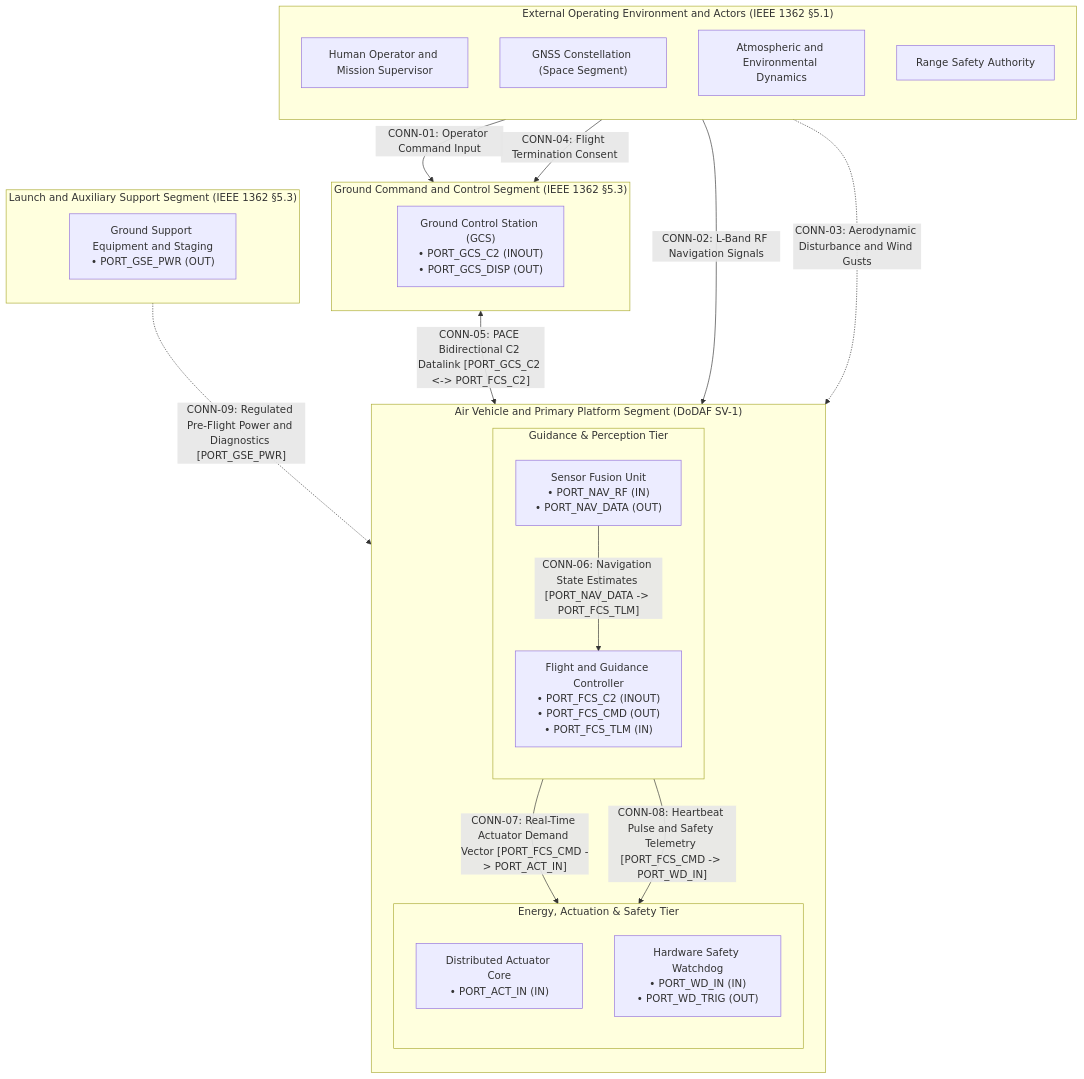
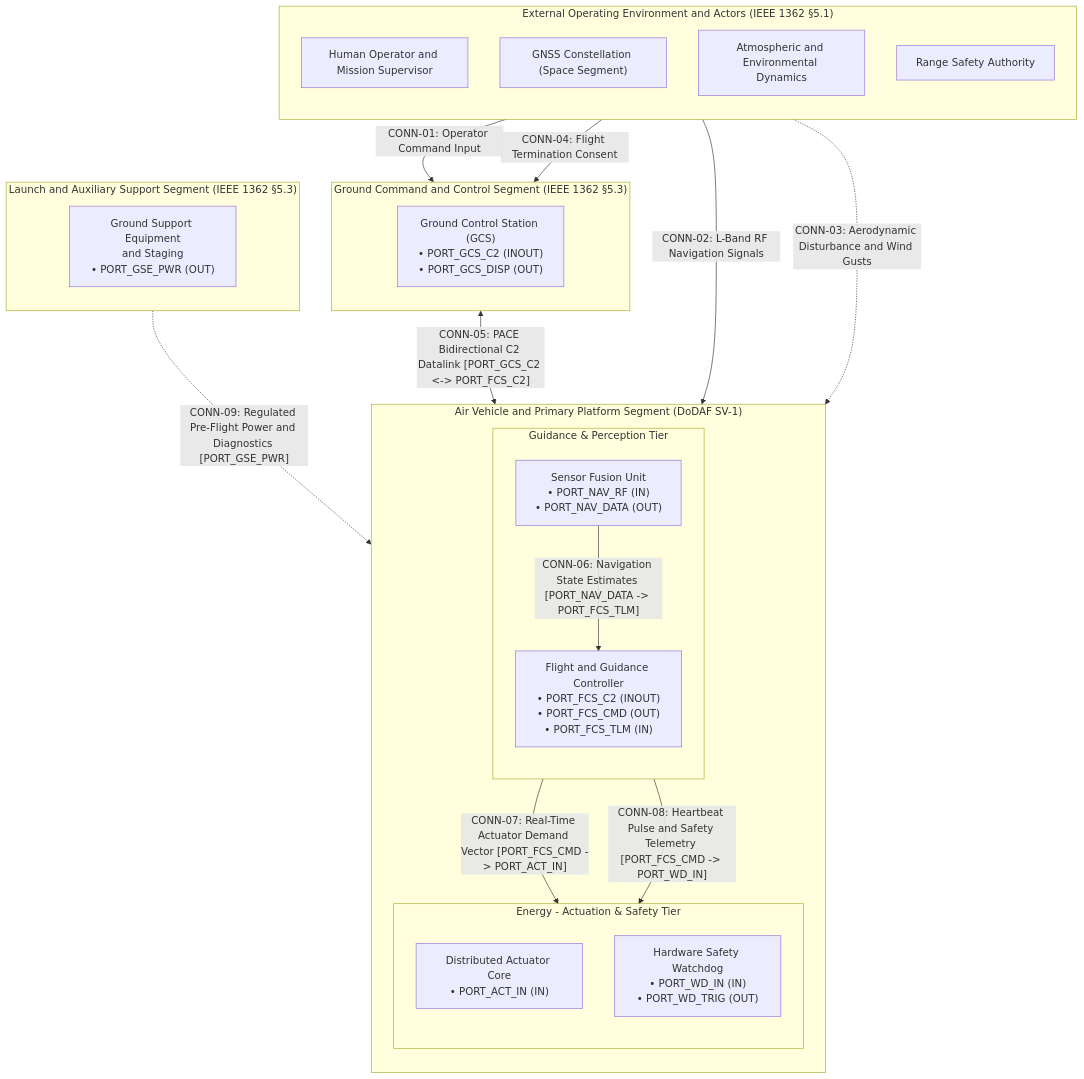
Before and after one commit to gintatkinson/DEAP01-spec-core: the first of 2 diagrams in skills/spec-conops-engineering/SKILL.md, drawn with Mermaid. The commit also changed other lines of this file and 9 other files, not shown here.

````diff
--- a/skills/spec-conops-engineering/SKILL.md
+++ b/skills/spec-conops-engineering/SKILL.md
@@ -267,48 +268,48 @@
 ```mermaid
 flowchart TD
     subgraph External_Actors["External Operating Environment and Actors (IEEE 1362 §5.1)"]
         direction TB
         Operator["Human Operator and Mission Supervisor"]
         GNSS_Space["GNSS Constellation (Space Segment)"]
         Environment["Atmospheric and Environmental Dynamics"]
         RangeSafety["Range Safety Authority"]
     end
 
     subgraph Ground_Segment["Ground Command and Control Segment (IEEE 1362 §5.3)"]
         direction TB
         GCS["Ground Control Station (GCS)<br/>• PORT_GCS_C2 (INOUT)<br/>• PORT_GCS_DISP (OUT)"]
     end
 
     subgraph Platform_Segment["Air Vehicle and Primary Platform Segment (DoDAF SV-1)"]
         direction TB
         subgraph Tier1_Processing["Guidance & Perception Tier"]
             direction TB
             FCS["Flight and Guidance Controller<br/>• PORT_FCS_C2 (INOUT)<br/>• PORT_FCS_CMD (OUT)<br/>• PORT_FCS_TLM (IN)"]
             NavSensors["Sensor Fusion Unit<br/>• PORT_NAV_RF (IN)<br/>• PORT_NAV_DATA (OUT)"]
         end
 
-        subgraph Tier2_Actuation["Energy, Actuation & Safety Tier"]
+        subgraph Tier2_Actuation["Energy - Actuation & Safety Tier"]
             direction TB
             Actuators["Distributed Actuator Core<br/>• PORT_ACT_IN (IN)"]
             Watchdog["Hardware Safety Watchdog<br/>• PORT_WD_IN (IN)<br/>• PORT_WD_TRIG (OUT)"]
         end
     end
 
     subgraph Support_Segment["Launch and Auxiliary Support Segment (IEEE 1362 §5.3)"]
         direction TB
-        GSE["Ground Support Equipment and Staging<br/>• PORT_GSE_PWR (OUT)"]
+        GSE["Ground Support Equipment<br/>and Staging<br/>• PORT_GSE_PWR (OUT)"]
     end
 
     %% External Interface Connections
     Operator -->|"CONN-01: Operator Command Input"| GCS
     GNSS_Space -->|"CONN-02: L-Band RF Navigation Signals"| NavSensors
     Environment -.->|"CONN-03: Aerodynamic Disturbance and Wind Gusts"| Actuators
     RangeSafety -->|"CONN-04: Flight Termination Consent"| GCS
 
     %% Segment Inter-Connects (Item Flows)
     GCS <-->|"CONN-05: PACE Bidirectional C2 Datalink [PORT_GCS_C2 <-> PORT_FCS_C2]"| FCS
     NavSensors -->|"CONN-06: Navigation State Estimates [PORT_NAV_DATA -> PORT_FCS_TLM]"| FCS
     FCS -->|"CONN-07: Real-Time Actuator Demand Vector [PORT_FCS_CMD -> PORT_ACT_IN]"| Actuators
     FCS -->|"CONN-08: Heartbeat Pulse and Safety Telemetry [PORT_FCS_CMD -> PORT_WD_IN]"| Watchdog
     GSE -.->|"CONN-09: Regulated Pre-Flight Power and Diagnostics [PORT_GSE_PWR]"| Platform_Segment
 ```
````
